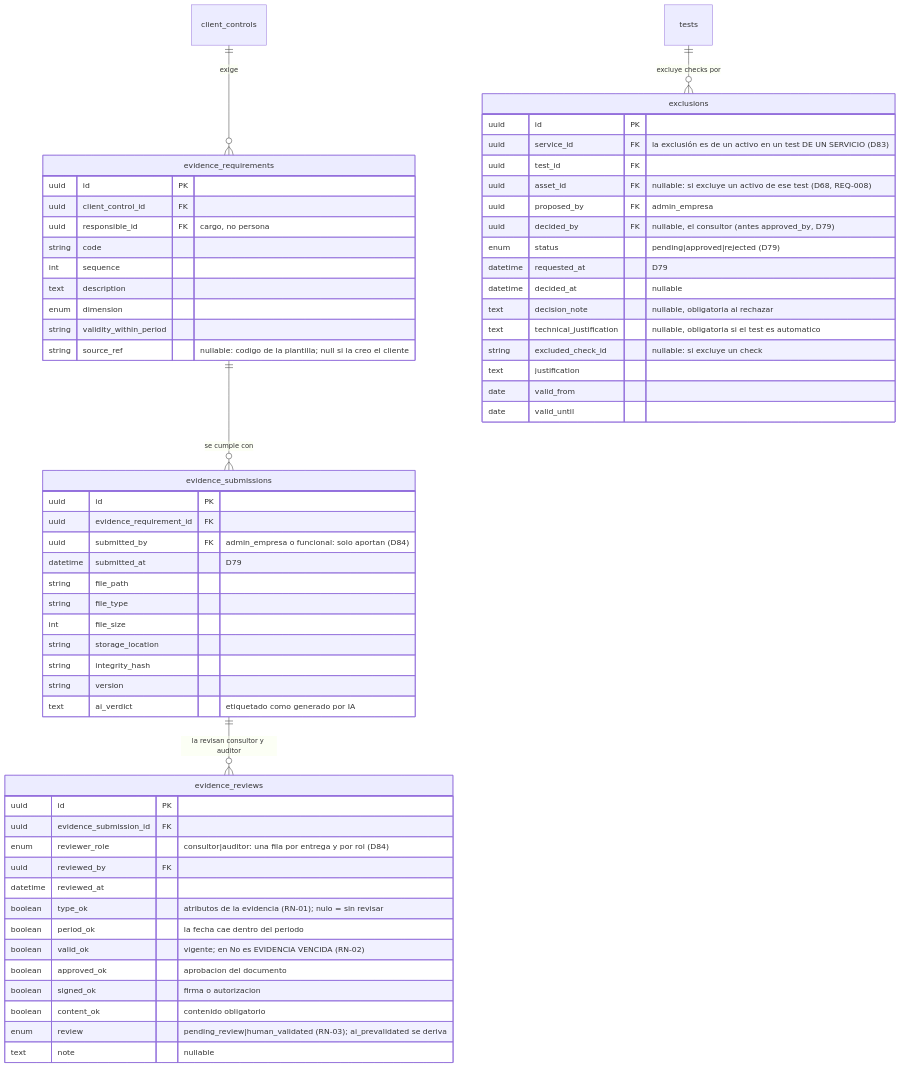
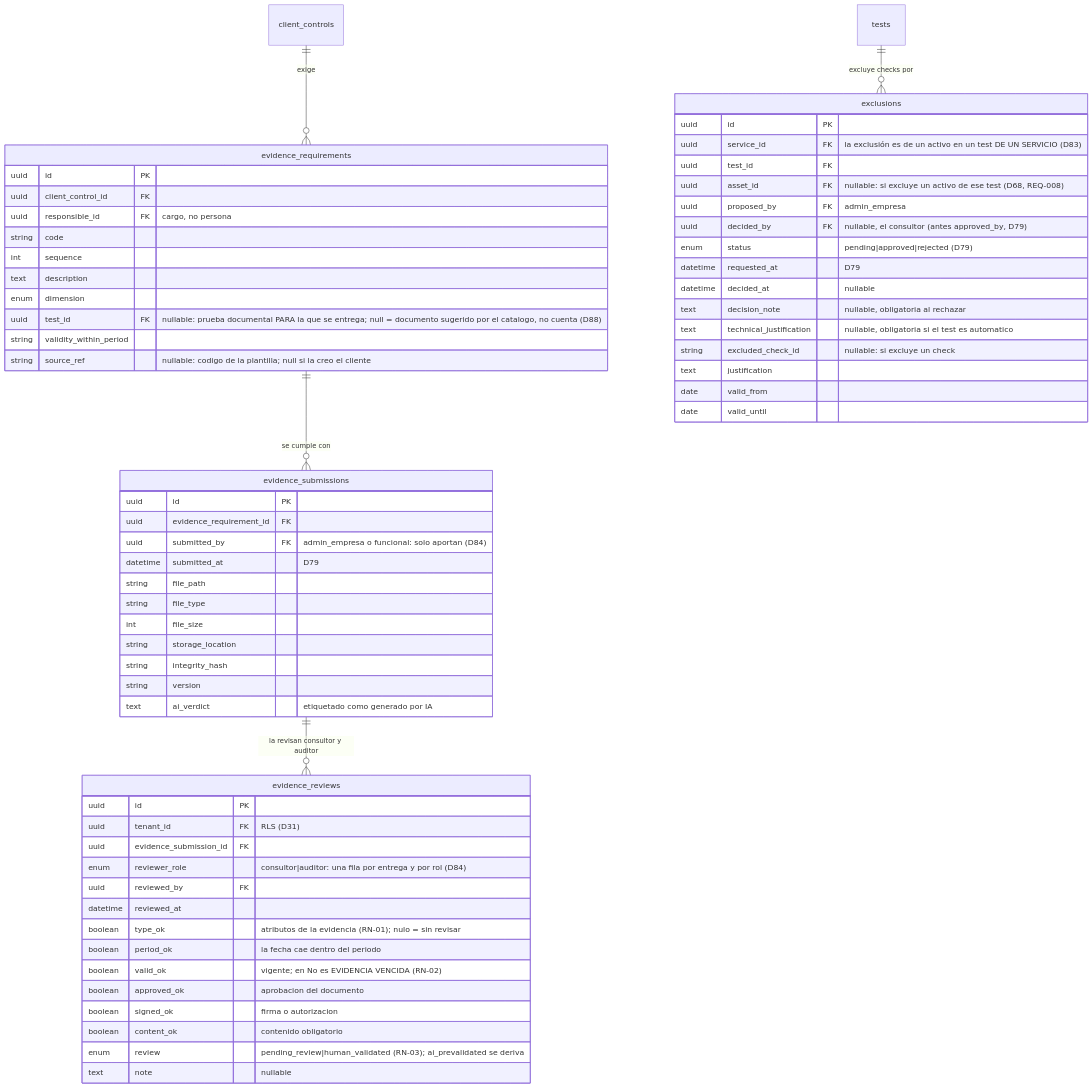
One commit to Monkey-GRC/Monkey-Brain-IA changed the third of 6 diagrams in skills/product/monkey-compliance-council/references/datos/modelo/07-cumplimiento.md. Above: the diagram before and after it, drawn with Mermaid. The commit also changed other lines of this file and 12 other files, not shown here.

````diff
--- a/skills/product/monkey-compliance-council/references/datos/modelo/07-cumplimiento.md
+++ b/skills/product/monkey-compliance-council/references/datos/modelo/07-cumplimiento.md
@@ -230,63 +230,65 @@
 ```mermaid
 erDiagram
     evidence_requirements {
         uuid id PK
         uuid client_control_id FK
         uuid responsible_id FK "cargo, no persona"
         string code
         int sequence
         text description
         enum dimension
+        uuid test_id FK "nullable: prueba documental PARA la que se entrega; null = documento sugerido por el catalogo, no cuenta (D88)"
         string validity_within_period
         string source_ref "nullable: codigo de la plantilla; null si la creo el cliente"
     }
     evidence_submissions {
         uuid id PK
         uuid evidence_requirement_id FK
         uuid submitted_by FK "admin_empresa o funcional: solo aportan (D84)"
         datetime submitted_at "D79"
         string file_path
         string file_type
         int file_size
         string storage_location
         string integrity_hash
         string version
         text ai_verdict "etiquetado como generado por IA"
     }
     evidence_reviews {
         uuid id PK
+        uuid tenant_id FK "RLS (D31)"
         uuid evidence_submission_id FK
         enum reviewer_role "consultor|auditor: una fila por entrega y por rol (D84)"
         uuid reviewed_by FK
         datetime reviewed_at
         boolean type_ok "atributos de la evidencia (RN-01); nulo = sin revisar"
         boolean period_ok "la fecha cae dentro del periodo"
         boolean valid_ok "vigente; en No es EVIDENCIA VENCIDA (RN-02)"
         boolean approved_ok "aprobacion del documento"
         boolean signed_ok "firma o autorizacion"
         boolean content_ok "contenido obligatorio"
         enum review "pending_review|human_validated (RN-03); ai_prevalidated se deriva"
         text note "nullable"
     }
     exclusions {
         uuid id PK
         uuid service_id FK "la exclusión es de un activo en un test DE UN SERVICIO (D83)"
         uuid test_id FK
         uuid asset_id FK "nullable: si excluye un activo de ese test (D68, REQ-008)"
         uuid proposed_by FK "admin_empresa"
         uuid decided_by FK "nullable, el consultor (antes approved_by, D79)"
         enum status "pending|approved|rejected (D79)"
         datetime requested_at "D79"
         datetime decided_at "nullable"
         text decision_note "nullable, obligatoria al rechazar"
         text technical_justification "nullable, obligatoria si el test es automatico"
         string excluded_check_id "nullable: si excluye un check"
         text justification
         date valid_from
         date valid_until
     }
     client_controls ||--o{ evidence_requirements : "exige"
     evidence_requirements ||--o{ evidence_submissions : "se cumple con"
     evidence_submissions ||--o{ evidence_reviews : "la revisan consultor y auditor"
     tests ||--o{ exclusions : "excluye checks por"
 ```
````
